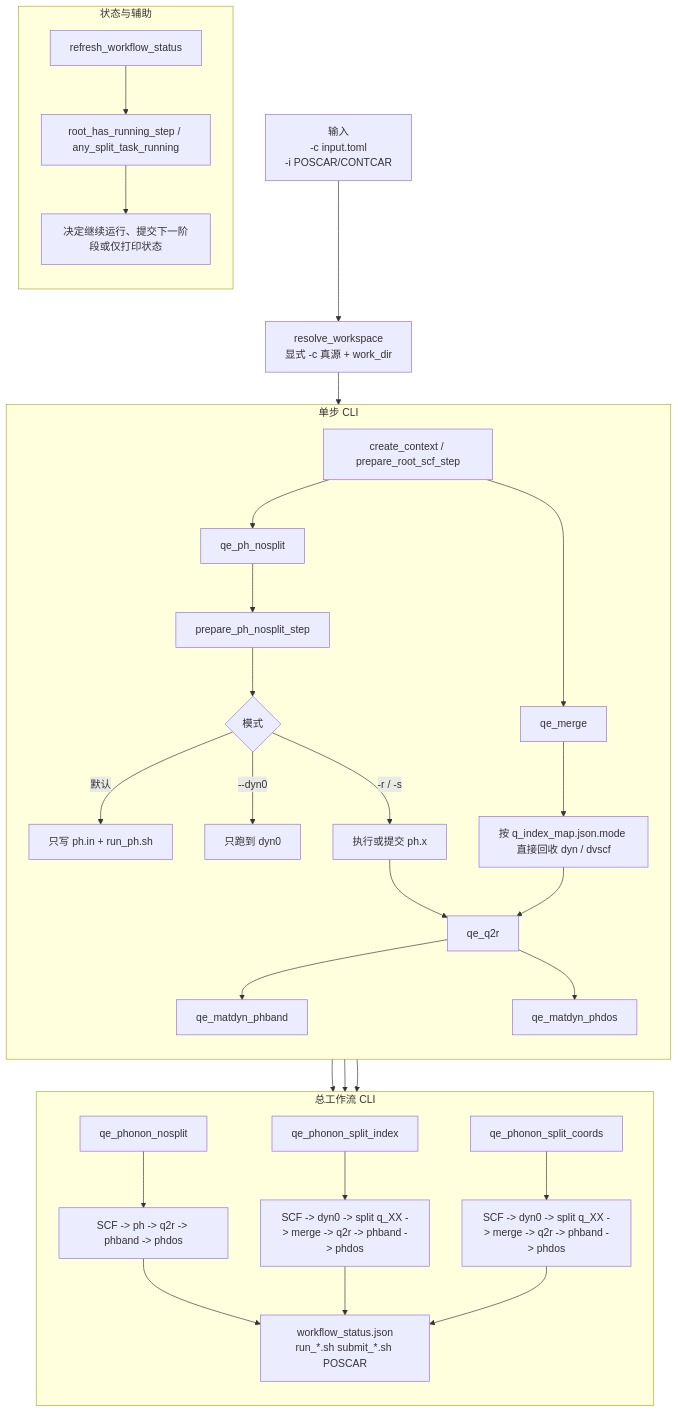
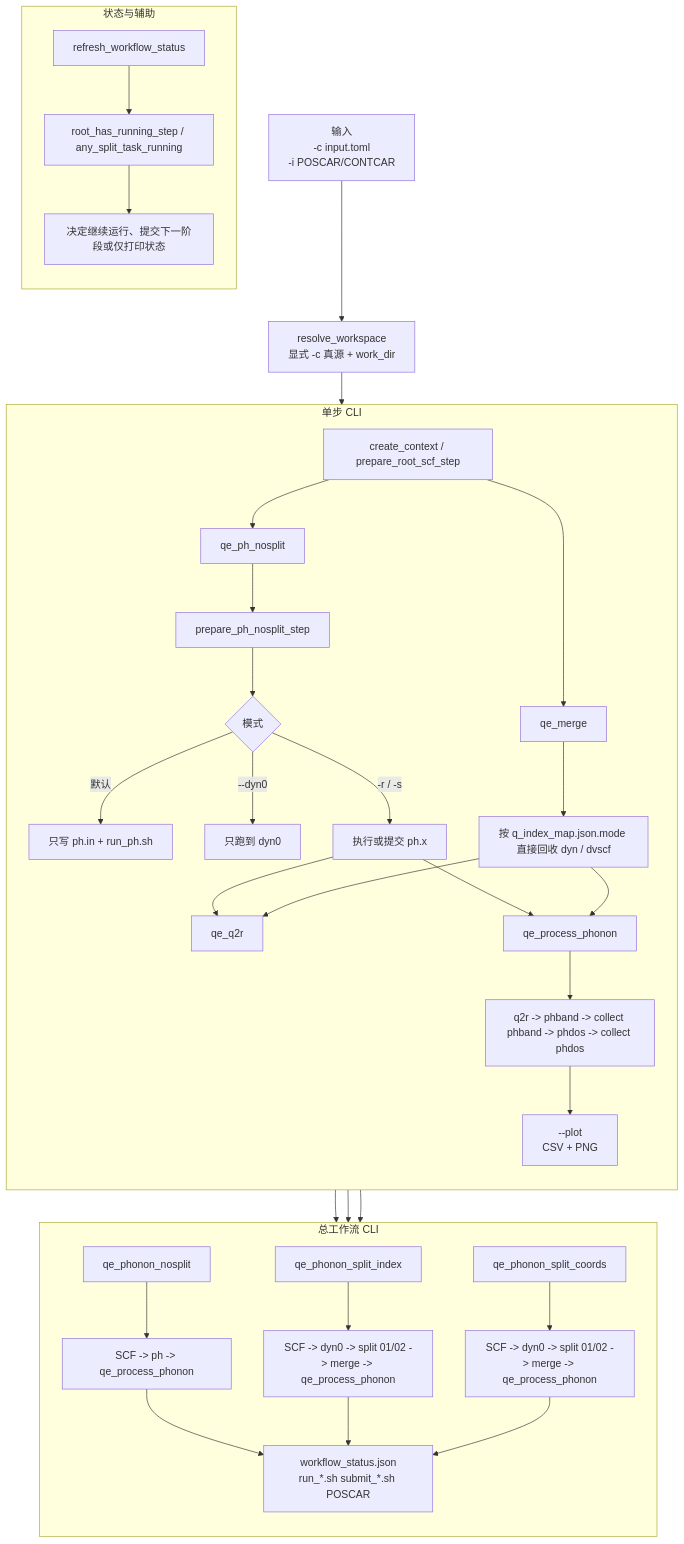
One commit to JLU-ICCMS-MaYuan/dftflow changed the diagram in qeflow/phonon/phonon-cli-flow.mmd. Above: the diagram before and after it, drawn with Mermaid. The commit also changed 14 other files, not shown here.

```diff
--- a/qeflow/phonon/phonon-cli-flow.mmd
+++ b/qeflow/phonon/phonon-cli-flow.mmd
@@ -1,42 +1,44 @@
 flowchart TD
     A["输入<br/>-c input.toml<br/>-i POSCAR/CONTCAR"] --> B["resolve_workspace<br/>显式 -c 真源 + work_dir"]
     B --> C["create_context / prepare_root_scf_step"]
 
     subgraph P0["单步 CLI"]
         direction TD
         C --> P1["qe_ph_nosplit"]
         P1 --> P1A["prepare_ph_nosplit_step"]
         P1A --> P1B{"模式"}
         P1B -->|默认| P1C["只写 ph.in + run_ph.sh"]
         P1B -->| --dyn0 | P1D["只跑到 dyn0"]
         P1B -->| -r / -s | P1E["执行或提交 ph.x"]
 
         C --> P4["qe_merge"]
         P4 --> P4A["按 q_index_map.json.mode 直接回收 dyn / dvscf"]
 
         P1E --> P5["qe_q2r"]
         P4A --> P5
-        P5 --> P6["qe_matdyn_phband"]
-        P5 --> P7["qe_matdyn_phdos"]
+        P1E --> P6["qe_process_phonon"]
+        P4A --> P6
+        P6 --> P6A["q2r -> phband -> collect phband -> phdos -> collect phdos"]
+        P6A --> P6B["--plot<br/>CSV + PNG"]
     end
 
     subgraph P8["总工作流 CLI"]
         direction TD
         C --> W1["qe_phonon_nosplit"]
         C --> W2["qe_phonon_split_index"]
         C --> W3["qe_phonon_split_coords"]
 
-        W1 --> W1A["SCF -> ph -> q2r -> phband -> phdos"]
-        W2 --> W2A["SCF -> dyn0 -> split q_XX -> merge -> q2r -> phband -> phdos"]
-        W3 --> W3A["SCF -> dyn0 -> split q_XX -> merge -> q2r -> phband -> phdos"]
+        W1 --> W1A["SCF -> ph -> qe_process_phonon"]
+        W2 --> W2A["SCF -> dyn0 -> split 01/02 -> merge -> qe_process_phonon"]
+        W3 --> W3A["SCF -> dyn0 -> split 01/02 -> merge -> qe_process_phonon"]
 
         W1A --> WS["workflow_status.json<br/>run_*.sh submit_*.sh POSCAR"]
         W2A --> WS
         W3A --> WS
     end
 
     subgraph P9["状态与辅助"]
         direction TD
         H1["refresh_workflow_status"] --> H2["root_has_running_step / any_split_task_running"]
         H2 --> H3["决定继续运行、提交下一阶段或仅打印状态"]
     end
```
